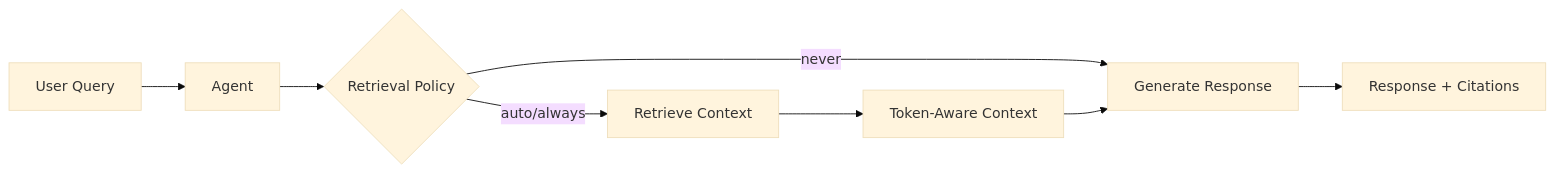
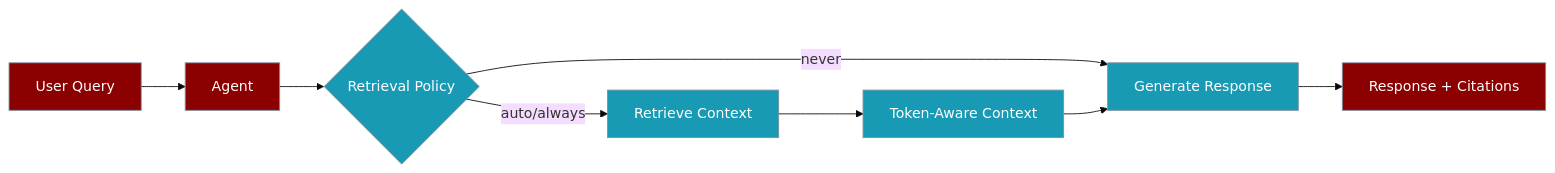
The diagram in docs/features/retrieval.mdx (MervinPraison/PraisonAIDocs), drawn with Mermaid (base theme) before and after one commit. The commit also changed other lines of this file and 4 other files, not shown here.

````diff
--- a/docs/features/retrieval.mdx
+++ b/docs/features/retrieval.mdx
@@ -12,10 +25,17 @@
 ```mermaid
 flowchart LR
     Query[User Query] --> Agent[Agent]
     Agent --> Policy{Retrieval Policy}
     Policy -->|auto/always| Retrieve[Retrieve Context]
     Policy -->|never| Generate[Generate Response]
     Retrieve --> TokenBudget[Token-Aware Context]
     TokenBudget --> Generate
     Generate --> Response[Response + Citations]
+
+    classDef agent fill:#8B0000,stroke:#7C90A0,color:#fff
+    classDef tool fill:#189AB4,stroke:#7C90A0,color:#fff
+    classDef output fill:#10B981,stroke:#7C90A0,color:#fff
+
+    class Query,Agent,Response agent
+    class Policy,Retrieve,TokenBudget,Generate tool
 ```
````
